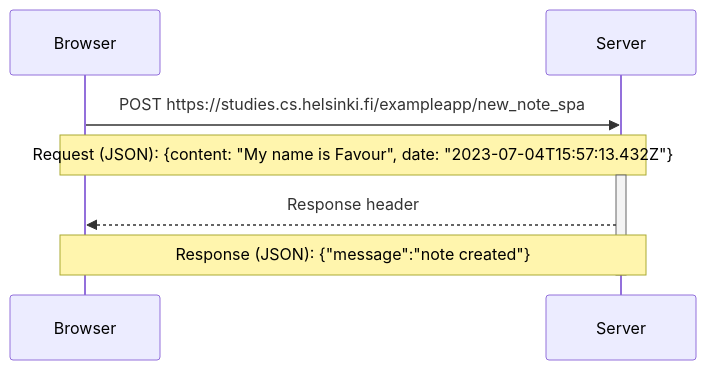
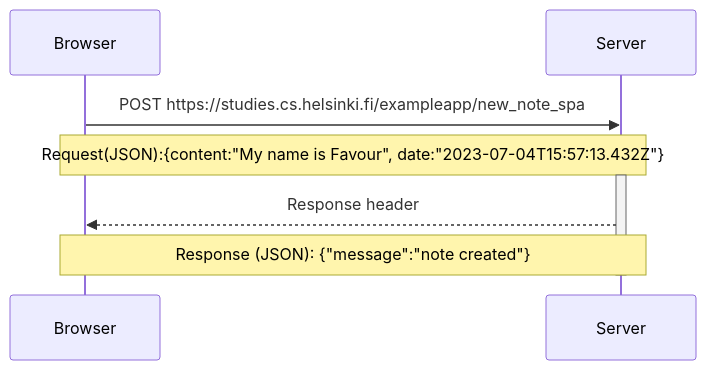
The diagram in 0.6_new_note_in_single_page_app.md (Favoursimeon/Full-stack-open-Part0), drawn with Mermaid before and after one commit.

````diff
--- a/0.6_new_note_in_single_page_app.md
+++ b/0.6_new_note_in_single_page_app.md
@@ -1,10 +1,10 @@
 ```mermaid
 sequenceDiagram
     
     Browser->>Server: POST https://studies.cs.helsinki.fi/exampleapp/new_note_spa
-    Note over Browser, Server: Request (JSON): {content: "My name is Favour", date: "2023-07-04T15:57:13.432Z"}
+    Note over Browser, Server: Request(JSON):{content:"My name is Favour", date:"2023-07-04T15:57:13.432Z"}
     activate Server
     Server-->>Browser: Response header
     Note over Browser, Server: Response (JSON): {"message":"note created"}
     deactivate Server
 ```
````
